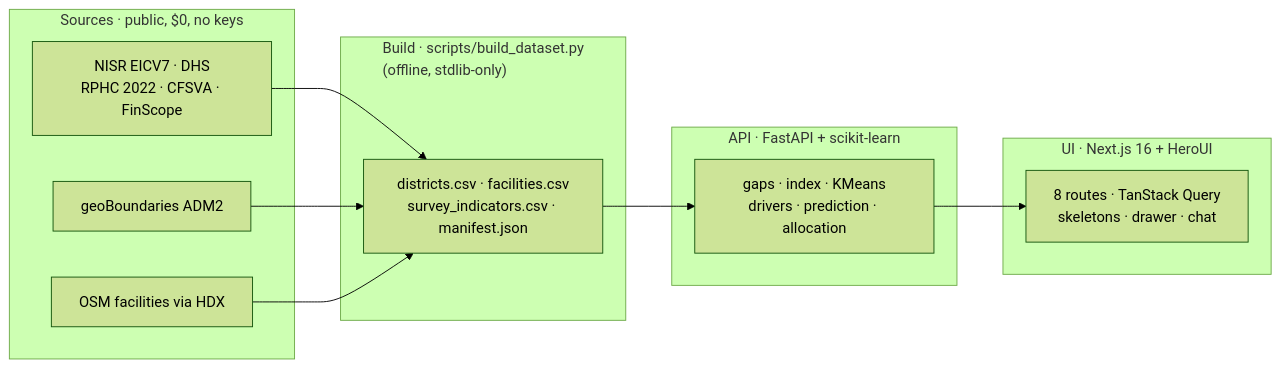
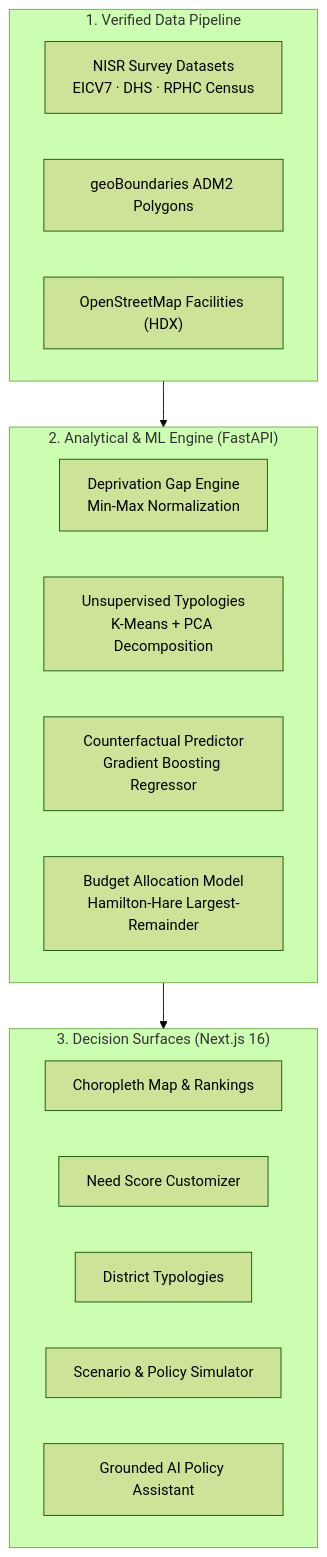
The diagram in README.md (daadygod-dev/rwako), drawn with Mermaid (forest theme) before and after one commit. The commit also changed other lines of this file, not shown here.

Commit message:
Update README with tech stack logos, demo link, and judge-focused documentation

````diff
--- a/README.md
+++ b/README.md
@@ -61,22 +85,26 @@
 ```mermaid
-flowchart LR
-    subgraph SRC["Sources · public, $0, no keys"]
-        NISR["NISR EICV7 · DHS<br/>RPHC 2022 · CFSVA · FinScope"]
-        GEO["geoBoundaries ADM2"]
-        OSM["OSM facilities via HDX"]
+flowchart TD
+    subgraph DATA["1. Verified Data Pipeline"]
+        NISR["NISR Survey Datasets<br/>EICV7 · DHS · RPHC Census"]
+        GEO["geoBoundaries ADM2 Polygons"]
+        OSM["OpenStreetMap Facilities (HDX)"]
     end
-    subgraph BUILD["Build · scripts/build_dataset.py<br/>(offline, stdlib-only)"]
-        B["districts.csv · facilities.csv<br/>survey_indicators.csv · manifest.json"]
+
+    subgraph ENGINE["2. Analytical & ML Engine (FastAPI)"]
+        GAP["Deprivation Gap Engine<br/>Min-Max Normalization"]
+        KMEANS["Unsupervised Typologies<br/>K-Means + PCA Decomposition"]
+        GBR["Counterfactual Predictor<br/>Gradient Boosting Regressor"]
+        ALLOC["Budget Allocation Model<br/>Hamilton-Hare Largest-Remainder"]
     end
-    subgraph API["API · FastAPI + scikit-learn"]
-        ML["gaps · index · KMeans<br/>drivers · prediction · allocation"]
+
+    subgraph UI["3. Decision Surfaces (Next.js 16)"]
+        MAP["Choropleth Map & Rankings"]
+        BUILDER["Need Score Customizer"]
+        TYPO["District Typologies"]
+        PRED["Scenario & Policy Simulator"]
+        CHAT["Grounded AI Policy Assistant"]
     end
-    subgraph UI["UI · Next.js 16 + HeroUI"]
-        VIEWS["8 routes · TanStack Query<br/>skeletons · drawer · chat"]
-    end
-    NISR --> B
-    GEO --> B
-    OSM --> B
-    B --> ML
-    ML --> VIEWS
+
+    DATA --> ENGINE
+    ENGINE --> UI
 ```
````
